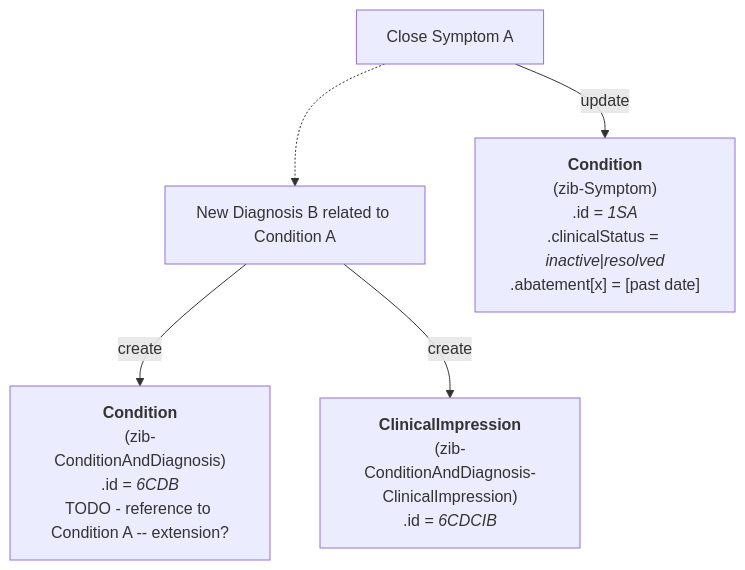
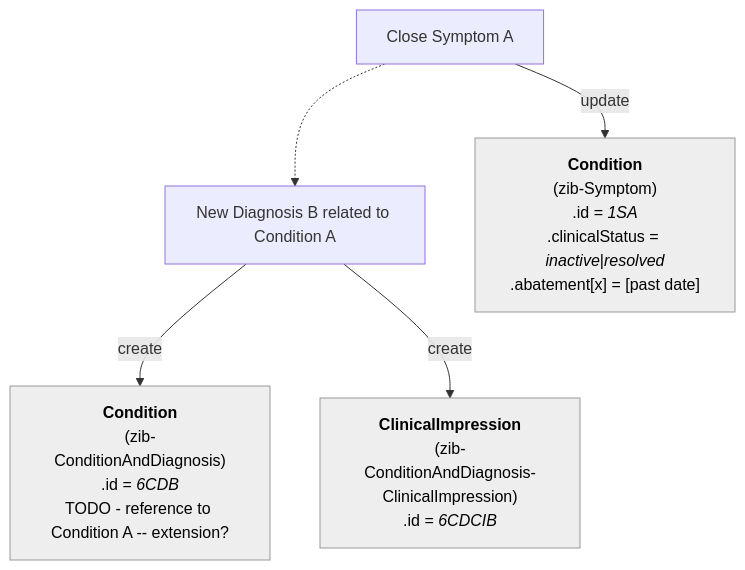
One commit to Nictiz/Nictiz-R4-zib2024 changed the seventh of 8 diagrams in documentation/Condition-Diagnosis-Symptom.md. Above: the diagram before and after it, drawn with Mermaid. The commit also changed other lines of this file and 5 other files, not shown here.

````diff
--- a/documentation/Condition-Diagnosis-Symptom.md
+++ b/documentation/Condition-Diagnosis-Symptom.md
@@ -175,27 +200,31 @@
 ```mermaid
 flowchart TB
 
 CloseSymptom_A["`Close Symptom A`"]
 NewDiagnosis_B["`New Diagnosis B related to Condition A`"]
 
 CloseSymptom_A -.-> NewDiagnosis_B
 
     S_A["`**Condition**
         (zib-Symptom)
         .id = _1SA_
         .clinicalStatus = _inactive_|_resolved_
         .abatement[x] = [past date]`"]    
 
     CD_B["`**Condition**
         (zib-ConditionAndDiagnosis)
         .id = _6CDB_
         TODO - reference to Condition A -- extension?`"] 
     CDCI_B["`**ClinicalImpression**
         (zib-ConditionAndDiagnosis-ClinicalImpression)
         .id = _6CDCIB_`"] 
 
+    S_A:::Ash
+    CD_B:::Ash
+    CDCI_B:::Ash
+    classDef Ash stroke-width:1px, stroke-dasharray:none, stroke:#999999, fill:#EEEEEE, color:#000000
+
 CloseSymptom_A -- update --> S_A
 NewDiagnosis_B -- create --> CD_B
 NewDiagnosis_B -- create --> CDCI_B
-
 ```
````
